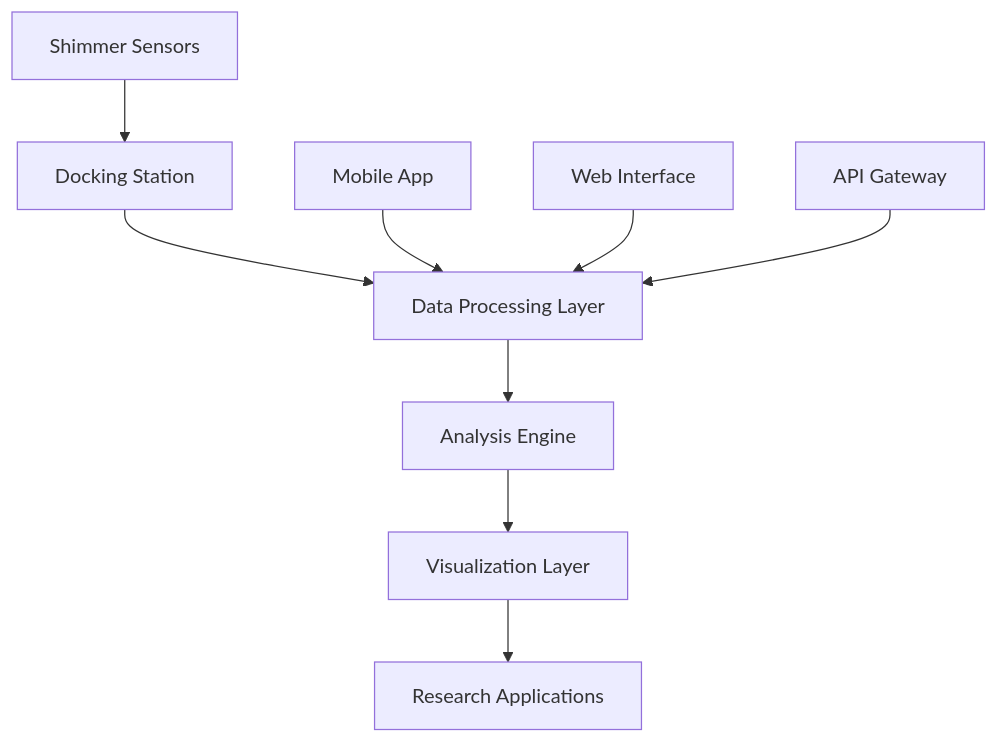
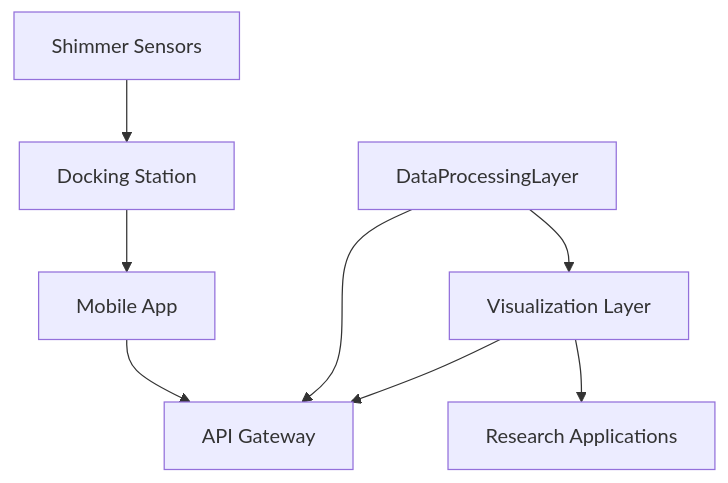
One commit to shimmerumass/shimmerumass changed the first of 5 diagrams in docs/architecture.md. Above: the diagram before and after it, drawn with Mermaid. The commit also changed other lines of this file, not shown here.

Commit message:
Refactor system architecture documentation to improve clarity and detail, including updated diagrams and subsystem descriptions.

````diff
--- a/docs/architecture.md
+++ b/docs/architecture.md
@@ -9,12 +10,10 @@
 ```mermaid
 graph TB
-    A[Shimmer Sensors] --> B[Docking Station]
-    B --> C[Data Processing Layer]
-    C --> D[Analysis Engine]
-    D --> E[Visualization Layer]
-    E --> F[Research Applications]
-    
-    G[Mobile App] --> C
-    H[Web Interface] --> C
-    I[API Gateway] --> C
+    ShimmerSensors[Shimmer Sensors] --> DockingStation[Docking Station]
+    DockingStation --> MobileApp[Mobile App]
+    DataProcessingLayer --> VisualizationLayer[Visualization Layer]
+    VisualizationLayer --> ResearchApplications[Research Applications]
+    MobileApp[Mobile App] --> APIGateway[API Gateway]
+    VisualizationLayer[Visualization Layer] --> APIGateway[API Gateway]
+    DataProcessingLayer --> APIGateway[API Gateway]
 ```
````
